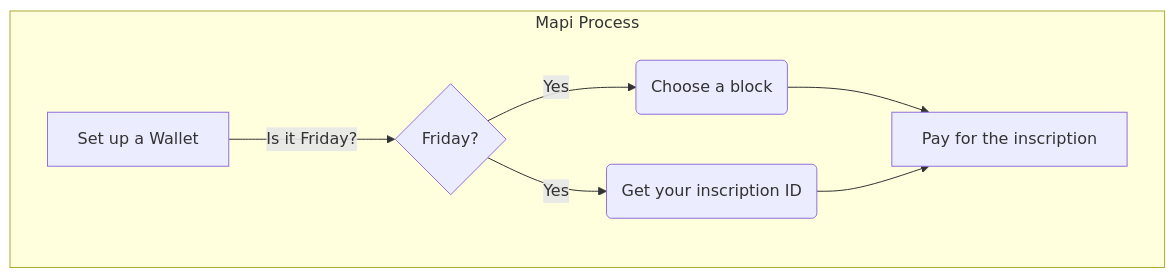
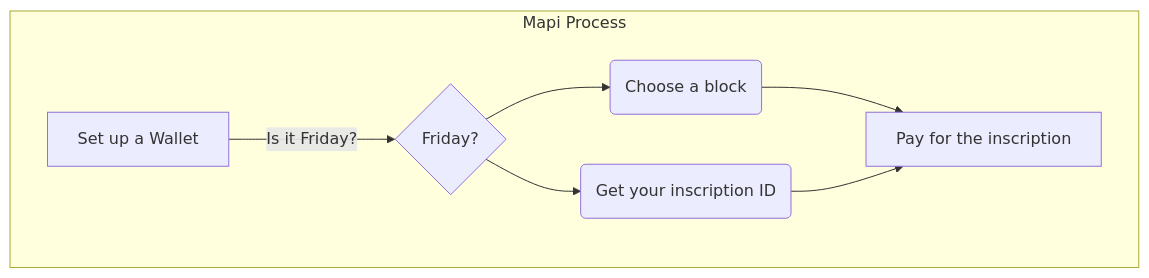
Before and after one commit to 3D4D5D/3D4D5D: the diagram in README.md, drawn with Mermaid.

````diff
--- a/README.md
+++ b/README.md
@@ -18,12 +18,12 @@
 ```mermaid
 graph TD
   subgraph Mapi Process
     A[Set up a Wallet] -->|Is it Friday?| B{Friday?}
-    B -- Yes --> C(Choose a block)
-    B -- Yes --> D(Get your inscription ID)
+    B --> C(Choose a block)
+    B --> D(Get your inscription ID)
     C --> E[Pay for the inscription]
     D --> E
   end
 
 
 ```
````
